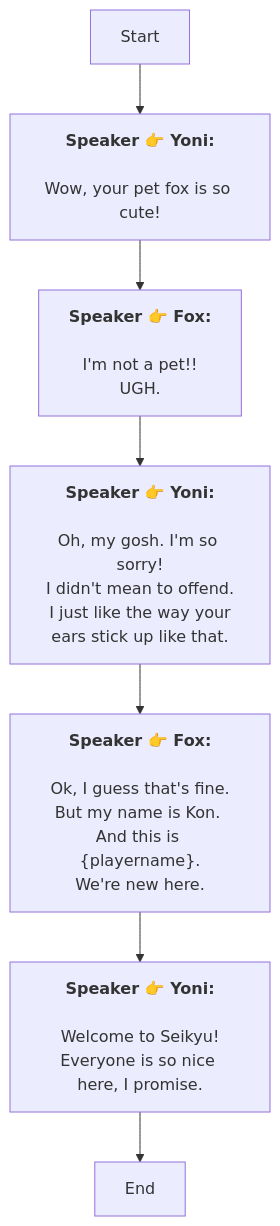
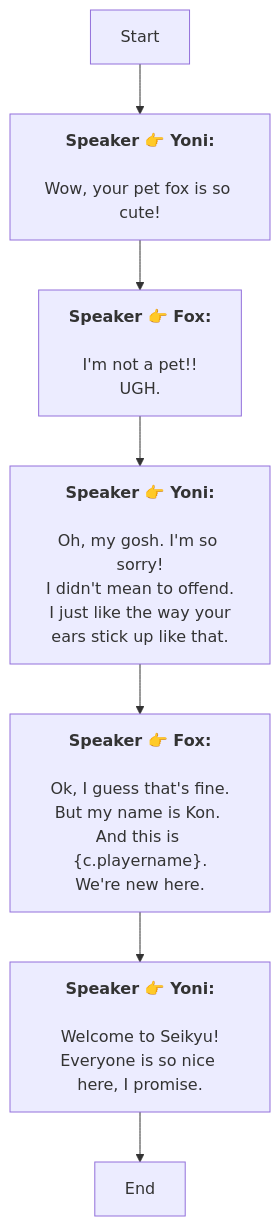
Before and after one commit to SoftHu/tos_avg: the diagram in Zh/AddDialogNode_1769060745263141.md, drawn with Mermaid. The commit also changed 410 other files, not shown here.

````diff
--- a/Zh/AddDialogNode_1769060745263141.md
+++ b/Zh/AddDialogNode_1769060745263141.md
@@ -1,19 +1,19 @@
 ```mermaid
 graph
 Start -->1769060807082024[<b>Speaker 👉 Yoni:</b>
 \nWow, your pet fox is so cute!]
 1769060807082024 -->1769060869299242[<b>Speaker 👉 Fox:</b>
 \nI'm not a pet!!
-UGH. ]
+UGH.]
 1769060869299242 -->1769060887749675[<b>Speaker 👉 Yoni:</b>
 \nOh, my gosh. I'm so sorry!
-I didn't mean to offend.\n I just like the way your ears stick up like that. ]
+I didn't mean to offend.\n I just like the way your ears stick up like that.]
 1769060887749675 -->1769060918300716[<b>Speaker 👉 Fox:</b>
-\nOk, I guess that's fine.\nBut my name is Kon. And this is &lbrace;playername&rbrace;.
-We're new here. ]
+\nOk, I guess that's fine.\nBut my name is Kon. And this is &lbrace;c.playername&rbrace;.
+We're new here.]
 1769060918300716 -->1769061040286765[<b>Speaker 👉 Yoni:</b>
 \nWelcome to Seikyu!
-Everyone is so nice here, I promise. ]
+Everyone is so nice here, I promise.]
 1769061040286765 -->1769061052779566[End]
 
 ```
````
